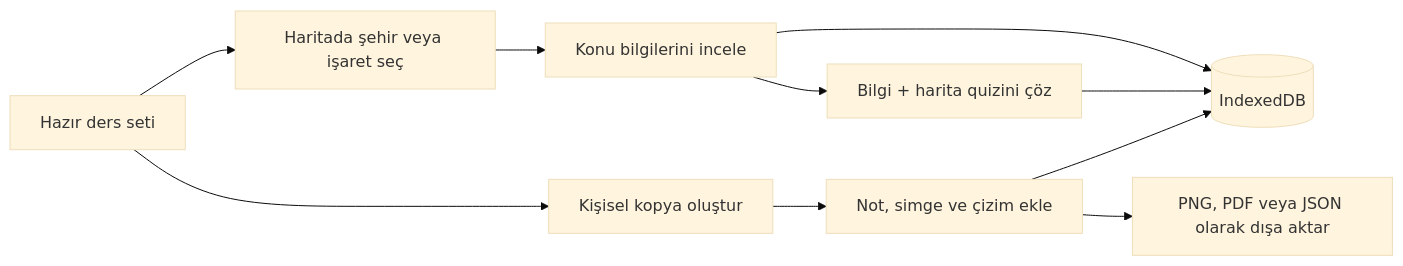
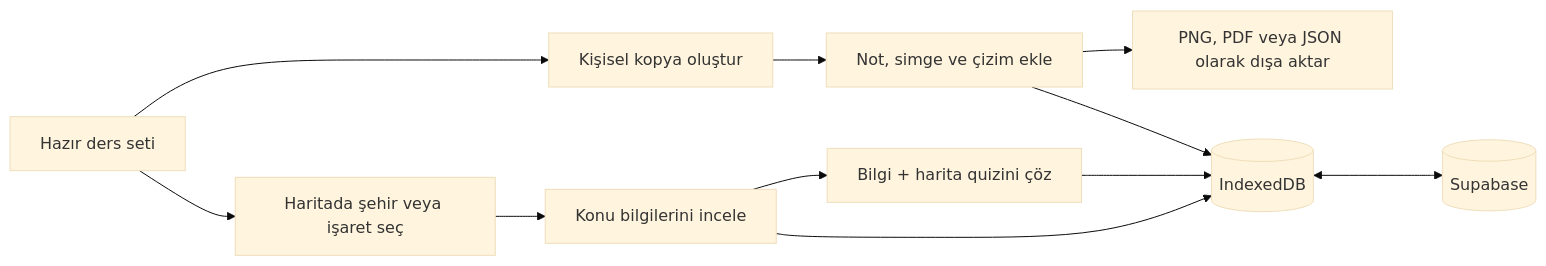
Before and after one commit to mehmetk-dev/cografya: the diagram in README.md, drawn with Mermaid (base theme). The commit also changed other lines of this file and 28 other files, not shown here.

````diff
--- a/README.md
+++ b/README.md
@@ -103,12 +104,13 @@
 ```mermaid
 flowchart LR
     A["Hazır ders seti"] --> B["Haritada şehir veya işaret seç"]
     B --> C["Konu bilgilerini incele"]
     C --> D["Bilgi + harita quizini çöz"]
     A --> E["Kişisel kopya oluştur"]
     E --> F["Not, simge ve çizim ekle"]
     F --> G["PNG, PDF veya JSON olarak dışa aktar"]
     C --> H[("IndexedDB")]
     D --> H
     F --> H
+    H <--> I[("Supabase")]
 ```
````
